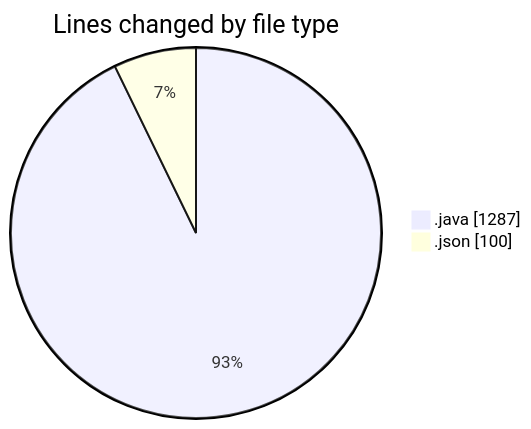
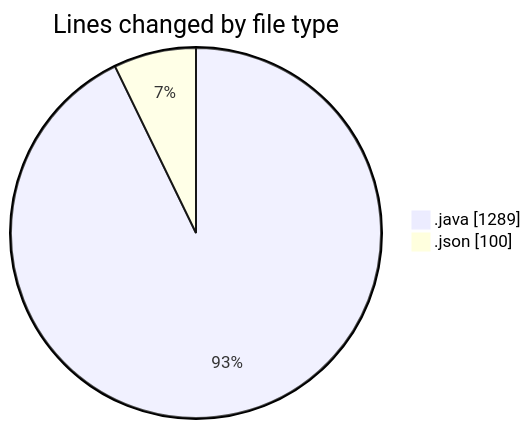
Before and after one commit to ricardozamudiocil/code-tracking: the first of 2 diagrams in 2026-05-12/cilapp/README.md, drawn with Mermaid. The commit also changed other lines of this file and 1 other file, not shown here.

````diff
--- a/2026-05-12/cilapp/README.md
+++ b/2026-05-12/cilapp/README.md
@@ -27,6 +27,6 @@
 ```mermaid
 pie showData
 title Lines changed by file type
-".java" : 1287
+".java" : 1289
 ".json" : 100
 ```
````
